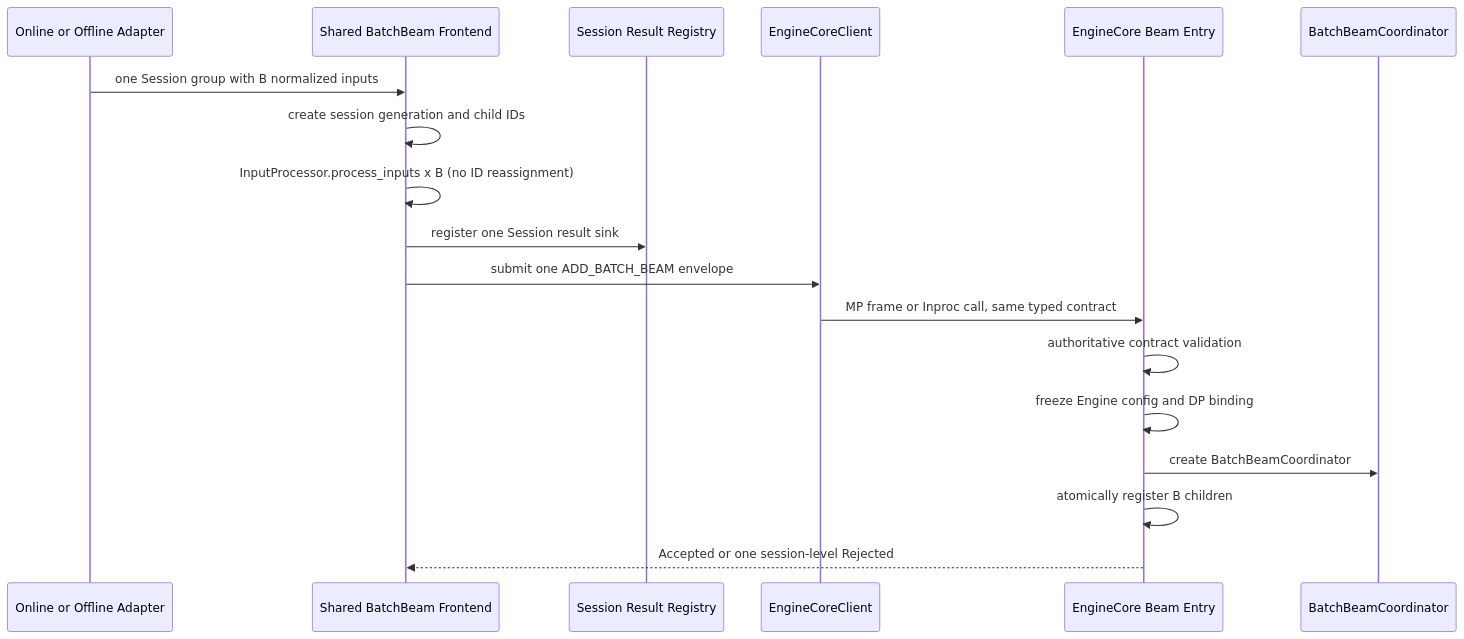
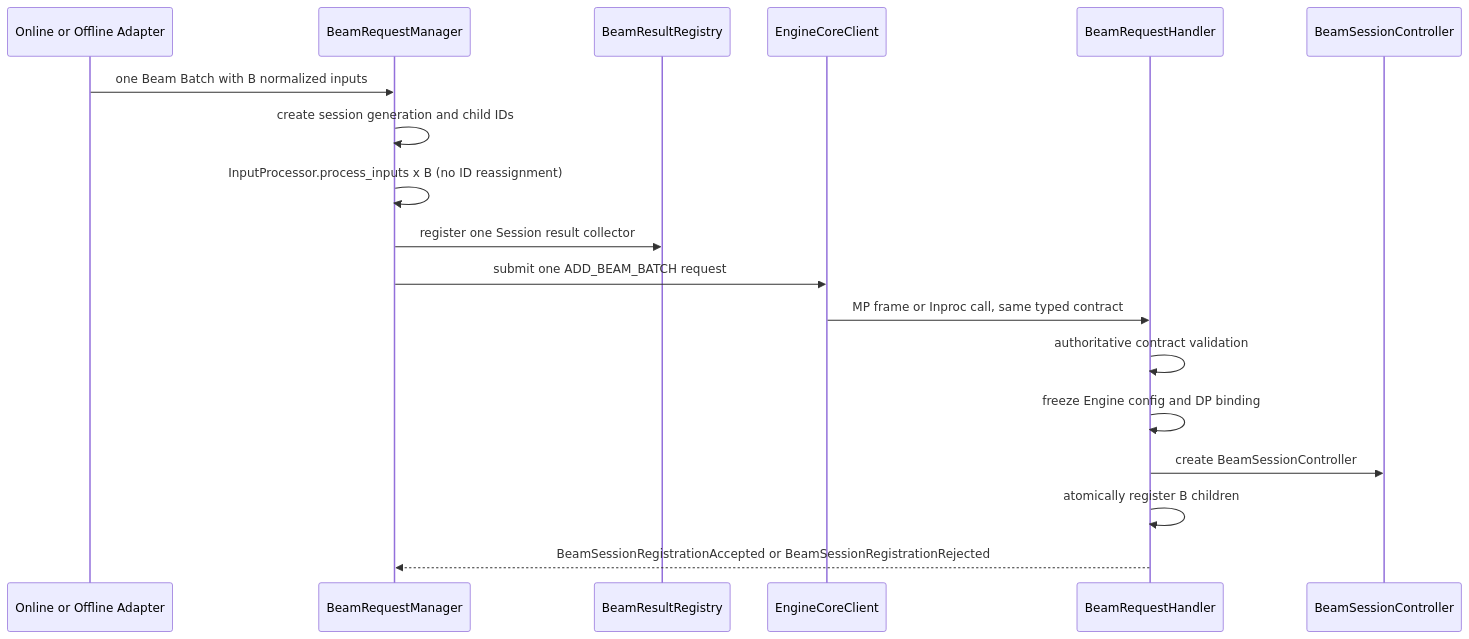
Before and after one commit to zhanghanleo10/gr-related: the second of 2 diagrams in vllm-GR/serving_to_enginecore_batch_beam_entry_design.md, drawn with Mermaid. The commit also changed other lines of this file, not shown here.

Commit message:
docs: clarify Beam entry module naming and contracts

````diff
--- a/vllm-GR/serving_to_enginecore_batch_beam_entry_design.md
+++ b/vllm-GR/serving_to_enginecore_batch_beam_entry_design.md
@@ -143,21 +176,21 @@
 ```mermaid
 sequenceDiagram
     participant F as Online or Offline Adapter
-    participant A as Shared BatchBeam Frontend
-    participant R as Session Result Registry
+    participant A as BeamRequestManager
+    participant R as BeamResultRegistry
     participant C as EngineCoreClient
-    participant E as EngineCore Beam Entry
-    participant B as BatchBeamCoordinator
+    participant E as BeamRequestHandler
+    participant SC as BeamSessionController
 
-    F->>A: one Session group with B normalized inputs
+    F->>A: one Beam Batch with B normalized inputs
     A->>A: create session generation and child IDs
     A->>A: InputProcessor.process_inputs x B (no ID reassignment)
-    A->>R: register one Session result sink
-    A->>C: submit one ADD_BATCH_BEAM envelope
+    A->>R: register one Session result collector
+    A->>C: submit one ADD_BEAM_BATCH request
     C->>E: MP frame or Inproc call, same typed contract
     E->>E: authoritative contract validation
     E->>E: freeze Engine config and DP binding
-    E->>B: create BatchBeamCoordinator
+    E->>SC: create BeamSessionController
     E->>E: atomically register B children
-    E-->>A: Accepted or one session-level Rejected
+    E-->>A: BeamSessionRegistrationAccepted or BeamSessionRegistrationRejected
 ```
````
